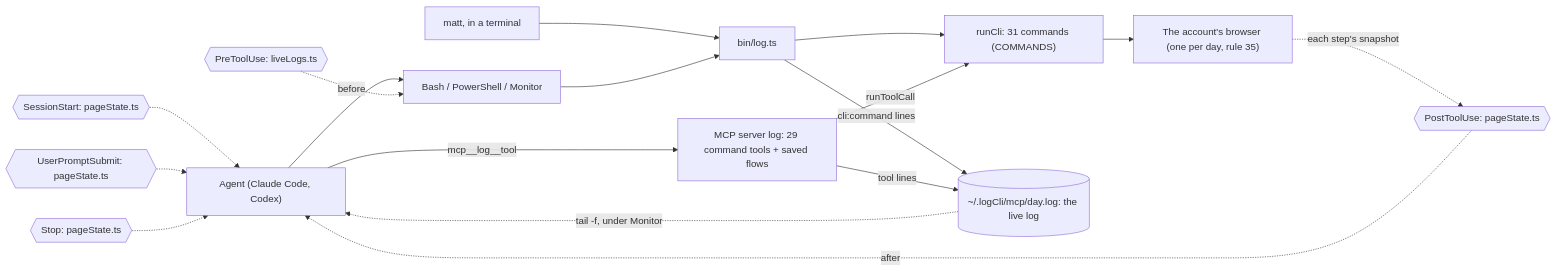
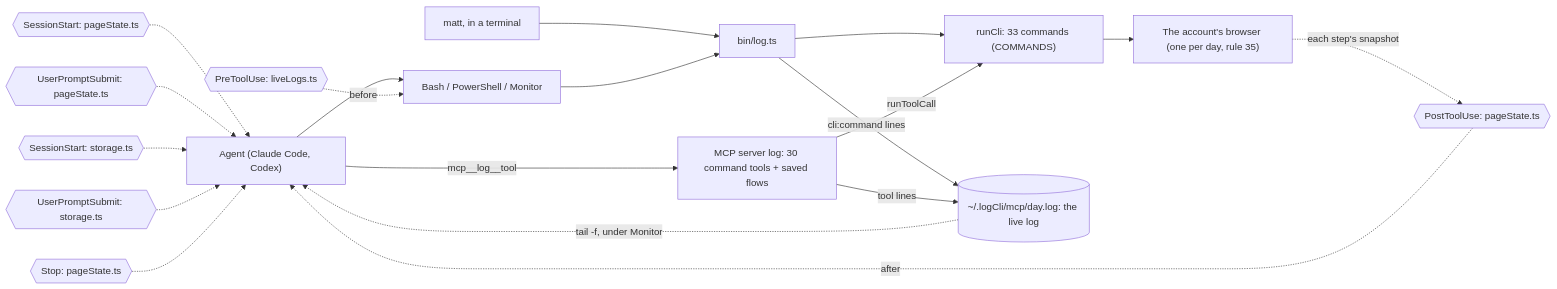
The diagram in docs/diagrams/surface.mmd (matthewdonsemail-lab/log), drawn with Mermaid before and after one commit. The commit also changed 105 other files, not shown here.

Commit message:
feat: runs are pruned once analysed (rule 66), Messenger's PIN is asked and kept (rule 67), the five warm-up stages are flows

```diff
--- a/docs/diagrams/surface.mmd
+++ b/docs/diagrams/surface.mmd
@@ -1,27 +1,29 @@
 %% How a call reaches log-cli. From a shell or over MCP, both run the same commands through `runCli`, write the same live log, and pass through the same hooks.
 %% Written by `bun run docs:build` from the code (rule 56). Not edited by hand.
 flowchart LR
   agent["Agent (Claude Code, Codex)"]
   matt["matt, in a terminal"]
   shell["Bash / PowerShell / Monitor"]
-  mcp["MCP server log: 29 command tools + saved flows"]
+  mcp["MCP server log: 30 command tools + saved flows"]
   bin["bin/log.ts"]
-  runCli["runCli: 31 commands (COMMANDS)"]
+  runCli["runCli: 33 commands (COMMANDS)"]
   live[("~/.logCli/mcp/day.log: the live log")]
   browser["The account's browser (one per day, rule 35)"]
   agent --> shell
   matt --> bin
   shell --> bin
   agent -->|mcp__log__tool| mcp
   bin --> runCli
   mcp -->|runToolCall| runCli
   runCli --> browser
   bin -->|cli:command lines| live
   mcp -->|tool lines| live
   live -.->|tail -f, under Monitor| agent
   pre0{{"PreToolUse: liveLogs.ts"}} -.->|before| shell
   post0{{"PostToolUse: pageState.ts"}} -.->|after| agent
   turn0{{"SessionStart: pageState.ts"}} -.-> agent
   turn1{{"UserPromptSubmit: pageState.ts"}} -.-> agent
-  turn2{{"Stop: pageState.ts"}} -.-> agent
+  turn2{{"SessionStart: storage.ts"}} -.-> agent
+  turn3{{"UserPromptSubmit: storage.ts"}} -.-> agent
+  turn4{{"Stop: pageState.ts"}} -.-> agent
   browser -.->|each step's snapshot| post0
```
